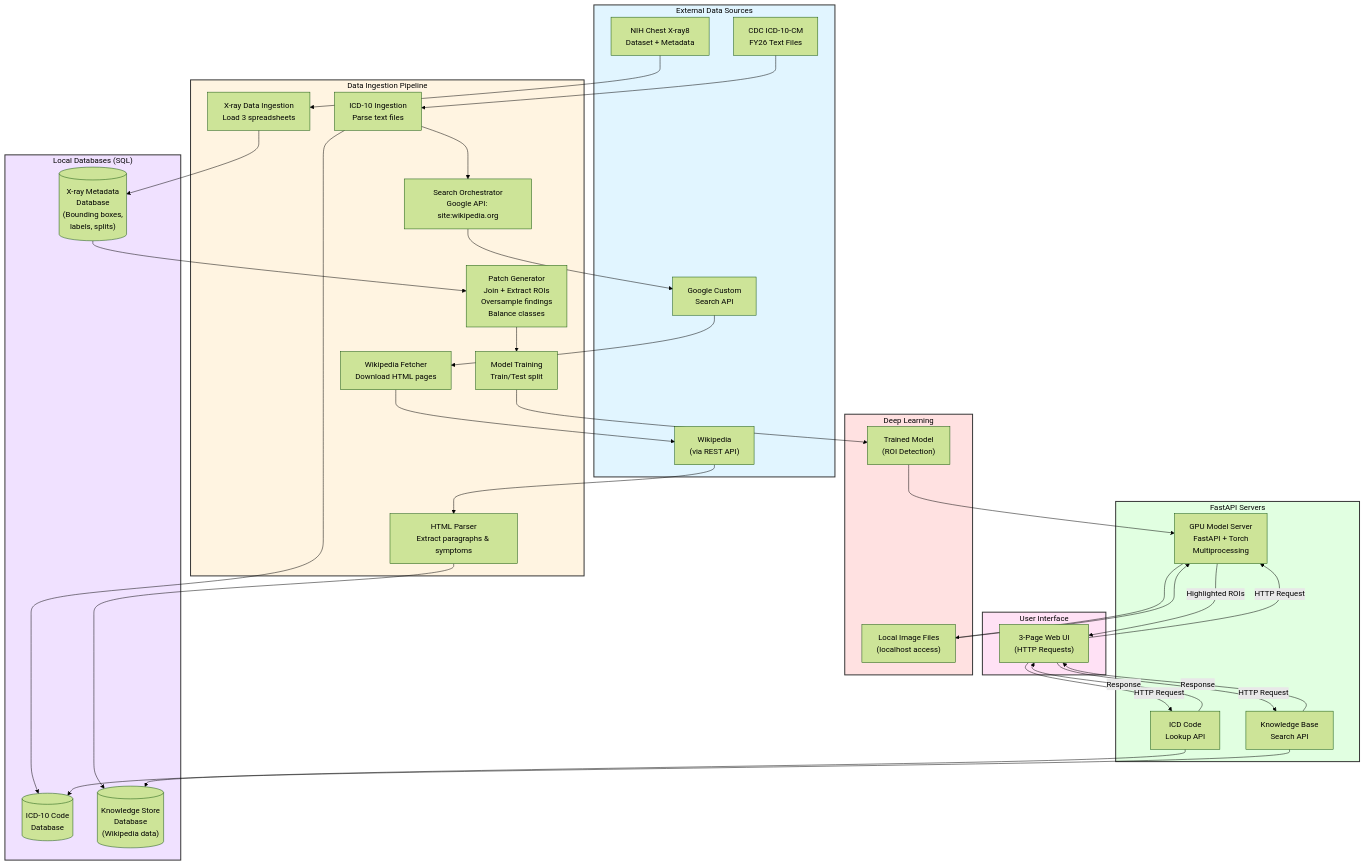
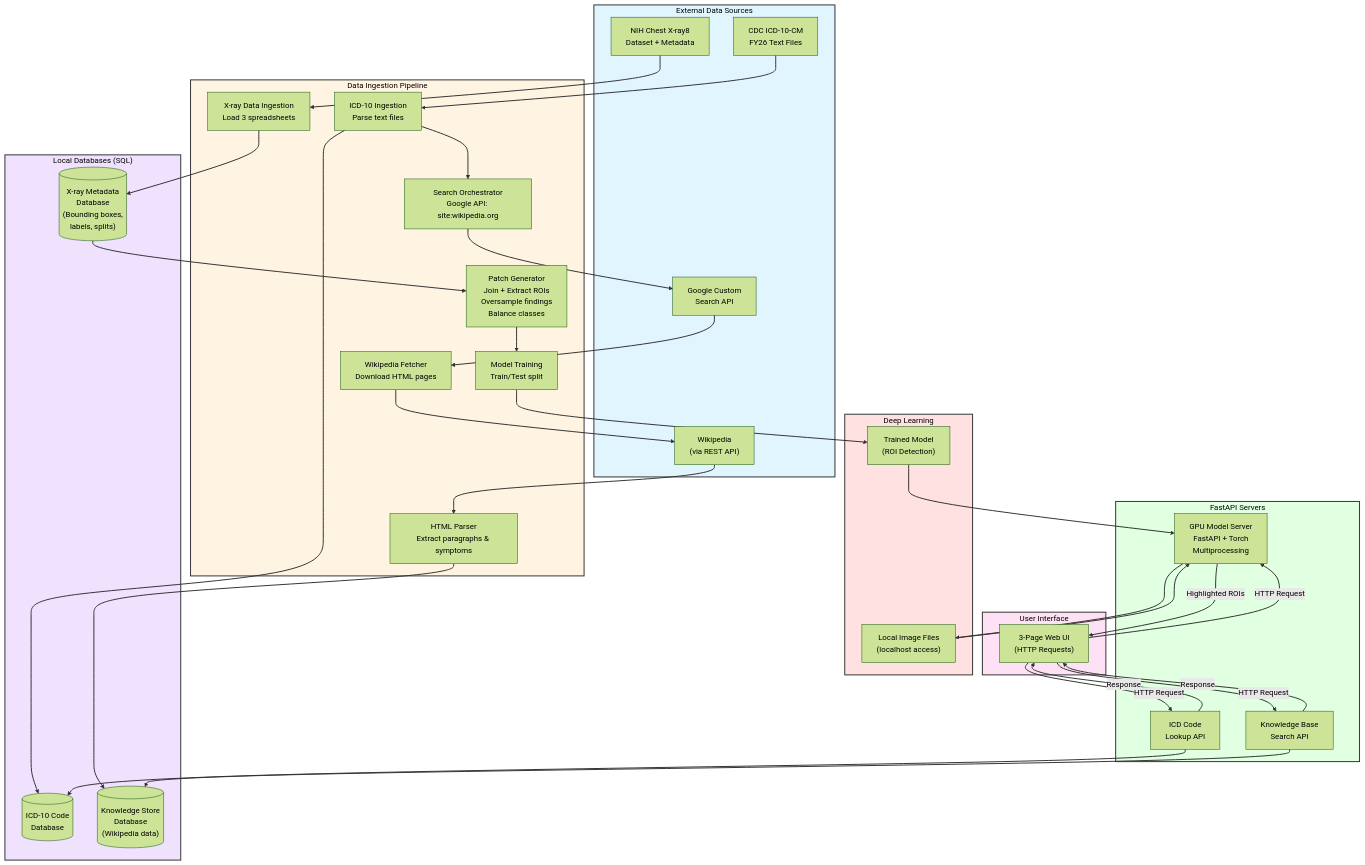
The diagram in ReadMe.md (nuEGil/HealthCareDataRef), drawn with Mermaid (forest theme) before and after one commit.

Commit message:
update darker arrows

````diff
--- a/ReadMe.md
+++ b/ReadMe.md
@@ -29,80 +29,81 @@
 ```mermaid
 graph TB
+    linkStyle default stroke:#333,stroke-width:2px
     subgraph External["External Data Sources"]
         CDC["CDC ICD-10-CM<br/>FY26 Text Files"]
         WIKI["Wikipedia<br/>(via REST API)"]
         GOOGLE["Google Custom<br/>Search API"]
         NIH["NIH Chest X-ray8<br/>Dataset + Metadata"]
     end
 
     subgraph Ingestion["Data Ingestion Pipeline"]
         ICD_INGEST["ICD-10 Ingestion<br/>Parse text files"]
         SEARCH["Search Orchestrator<br/>Google API: site:wikipedia.org"]
         WIKI_FETCH["Wikipedia Fetcher<br/>Download HTML pages"]
         WIKI_PARSE["HTML Parser<br/>Extract paragraphs & symptoms"]
         
         XRAY_INGEST["X-ray Data Ingestion<br/>Load 3 spreadsheets"]
         PATCH_GEN["Patch Generator<br/>Join + Extract ROIs<br/>Oversample findings<br/>Balance classes"]
         TRAIN["Model Training<br/>Train/Test split"]
     end
 
     subgraph Databases["Local Databases (SQL)"]
         ICD_DB[("ICD-10 Code<br/>Database")]
         KB_DB[("Knowledge Store<br/>Database<br/>(Wikipedia data)")]
         XRAY_DB[("X-ray Metadata<br/>Database<br/>(Bounding boxes,<br/>labels, splits)")]
     end
 
     subgraph Backend["FastAPI Servers"]
         API1["ICD Code<br/>Lookup API"]
         API2["Knowledge Base<br/>Search API"]
         API3["GPU Model Server<br/>FastAPI + Torch<br/>Multiprocessing"]
     end
 
     subgraph Models["Deep Learning"]
         TRAINED["Trained Model<br/>(ROI Detection)"]
         LOCAL_IMG["Local Image Files<br/>(localhost access)"]
     end
 
     subgraph Frontend["User Interface"]
         UI["3-Page Web UI<br/>(HTTP Requests)"]
     end
 
     %% Data Ingestion Flow
     CDC --> ICD_INGEST
     ICD_INGEST --> ICD_DB
     ICD_INGEST --> SEARCH
     SEARCH --> GOOGLE
     GOOGLE --> WIKI_FETCH
     WIKI_FETCH --> WIKI
     WIKI --> WIKI_PARSE
     WIKI_PARSE --> KB_DB
 
     %% X-ray Pipeline Flow
     NIH --> XRAY_INGEST
     XRAY_INGEST --> XRAY_DB
     XRAY_DB --> PATCH_GEN
     PATCH_GEN --> TRAIN
     TRAIN --> TRAINED
     TRAINED --> API3
 
     %% Runtime Flow
     UI -->|HTTP Request| API1
     UI -->|HTTP Request| API2
     UI -->|HTTP Request| API3
     
     API1 --> ICD_DB
     API2 --> KB_DB
     API3 --> LOCAL_IMG
     LOCAL_IMG --> API3
     
     API1 -->|Response| UI
     API2 -->|Response| UI
     API3 -->|Highlighted ROIs| UI
 
     style External fill:#e1f5ff,stroke:#333,stroke-width:2px,color:#000
     style Ingestion fill:#fff4e1,stroke:#333,stroke-width:2px,color:#000
     style Databases fill:#f0e1ff,stroke:#333,stroke-width:2px,color:#000
     style Backend fill:#e1ffe1,stroke:#333,stroke-width:2px,color:#000
     style Models fill:#ffe1e1,stroke:#333,stroke-width:2px,color:#000
     style Frontend fill:#ffe1f5,stroke:#333,stroke-width:2px,color:#000
 ```
````
